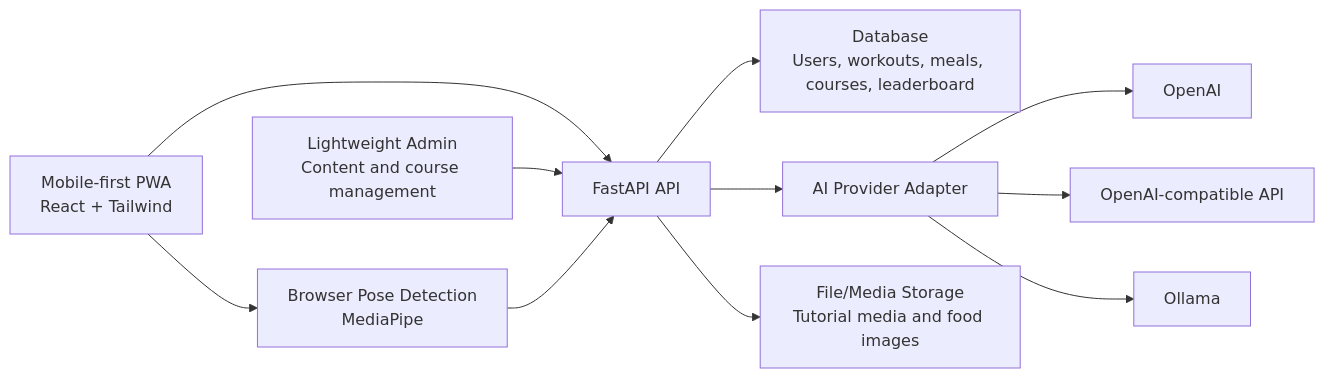
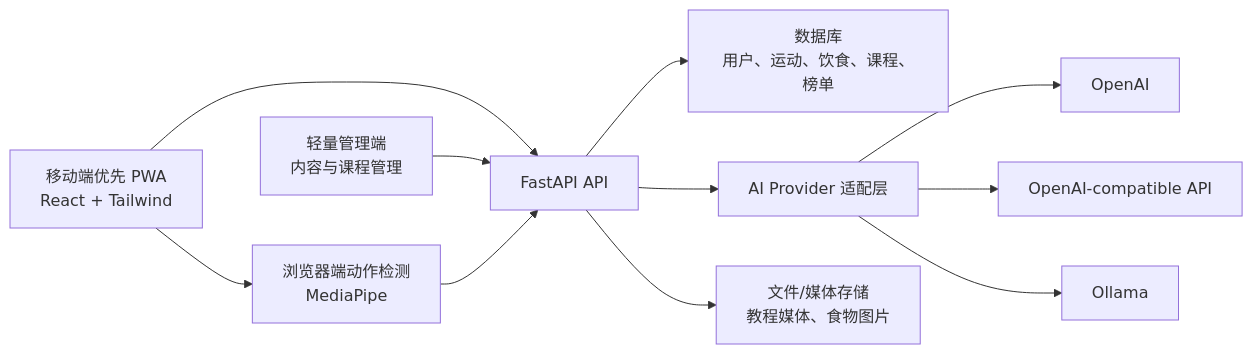
Before and after one commit to OrtonY/smart-gym: the diagram in docs/superpowers/specs/2026-06-05-smart-gym-design.md, drawn with Mermaid. The commit also changed other lines of this file, not shown here.

````diff
--- a/docs/superpowers/specs/2026-06-05-smart-gym-design.md
+++ b/docs/superpowers/specs/2026-06-05-smart-gym-design.md
@@ -29,16 +29,16 @@
 ```mermaid
 flowchart LR
-  U["Mobile-first PWA<br/>React + Tailwind"] --> API["FastAPI API"]
-  Admin["Lightweight Admin<br/>Content and course management"] --> API
+  U["移动端优先 PWA<br/>React + Tailwind"] --> API["FastAPI API"]
+  Admin["轻量管理端<br/>内容与课程管理"] --> API
 
-  U --> Pose["Browser Pose Detection<br/>MediaPipe"]
+  U --> Pose["浏览器端动作检测<br/>MediaPipe"]
   Pose --> API
 
-  API --> DB["Database<br/>Users, workouts, meals, courses, leaderboard"]
-  API --> AI["AI Provider Adapter"]
+  API --> DB["数据库<br/>用户、运动、饮食、课程、榜单"]
+  API --> AI["AI Provider 适配层"]
   AI --> OpenAI["OpenAI"]
   AI --> Compat["OpenAI-compatible API"]
   AI --> Ollama["Ollama"]
 
-  API --> Storage["File/Media Storage<br/>Tutorial media and food images"]
+  API --> Storage["文件/媒体存储<br/>教程媒体、食物图片"]
 ```
````
